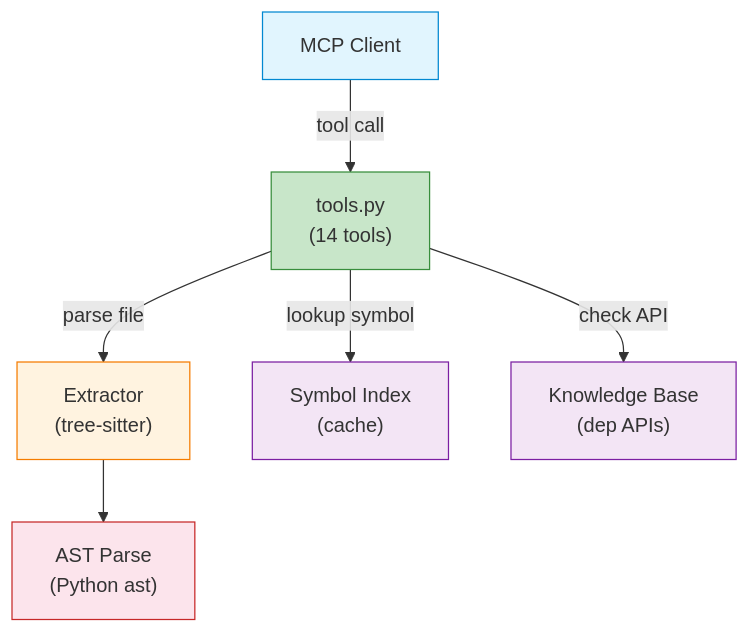
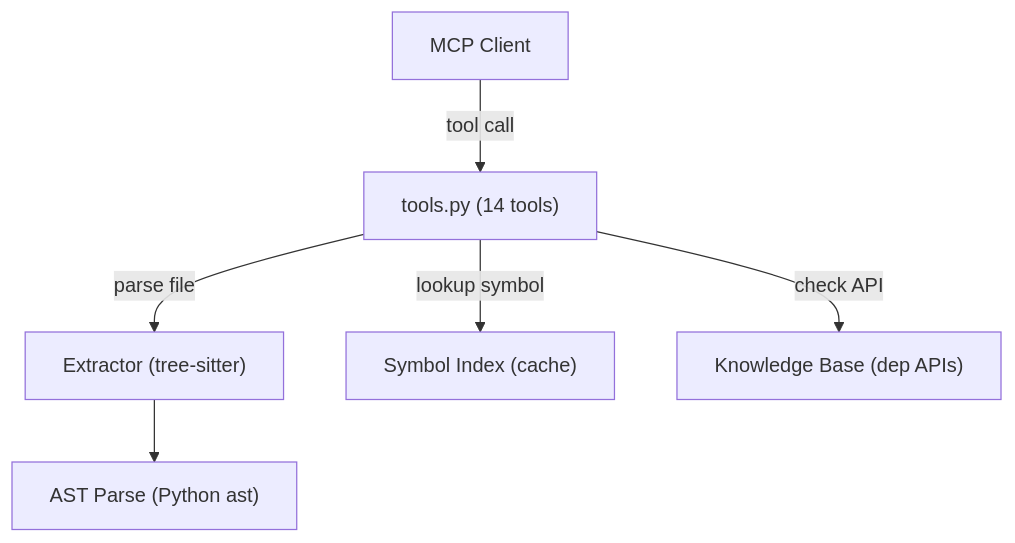
Before and after one commit to Fengrru/repograph-honest-mcp: the second of 2 diagrams in README.md, drawn with Mermaid. The commit also changed other lines of this file, not shown here.

Commit message:
docs: remove color styles from Mermaid diagrams

````diff
--- a/README.md
+++ b/README.md
@@ -353,15 +349,8 @@
 ```mermaid
 graph TD
-    Client["MCP Client"] -->|tool call| Tools["tools.py<br/>(14 tools)"]
-    Tools -->|parse file| Extractor["Extractor<br/>(tree-sitter)"]
-    Extractor --> AST["AST Parse<br/>(Python ast)"]
-    Tools -->|lookup symbol| Index["Symbol Index<br/>(cache)"]
-    Tools -->|check API| KB["Knowledge Base<br/>(dep APIs)"]
-
-    style Client fill:#e1f5fe,stroke:#0288d1
-    style Tools fill:#c8e6c9,stroke:#388e3c
-    style Extractor fill:#fff3e0,stroke:#f57c00
-    style AST fill:#fce4ec,stroke:#c62828
-    style Index fill:#f3e5f5,stroke:#7b1fa2
-    style KB fill:#f3e5f5,stroke:#7b1fa2
+    Client["MCP Client"] -->|tool call| Tools["tools.py (14 tools)"]
+    Tools -->|parse file| Extractor["Extractor (tree-sitter)"]
+    Extractor --> AST["AST Parse (Python ast)"]
+    Tools -->|lookup symbol| Index["Symbol Index (cache)"]
+    Tools -->|check API| KB["Knowledge Base (dep APIs)"]
 ```
````
